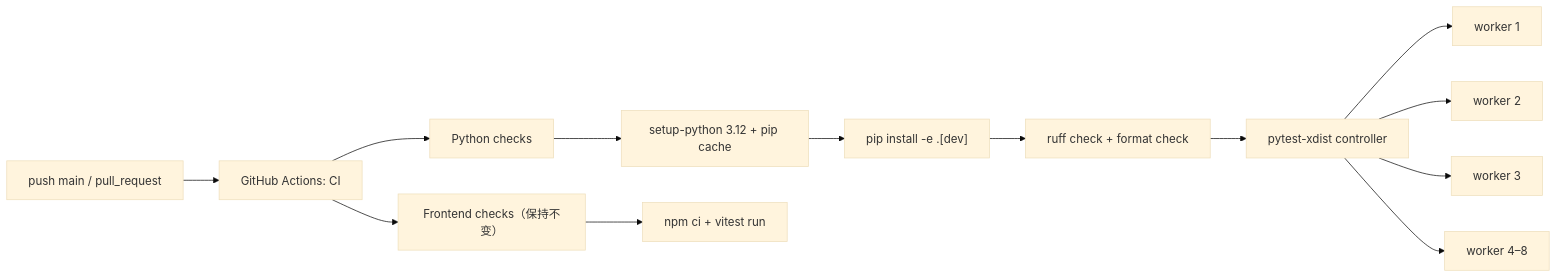
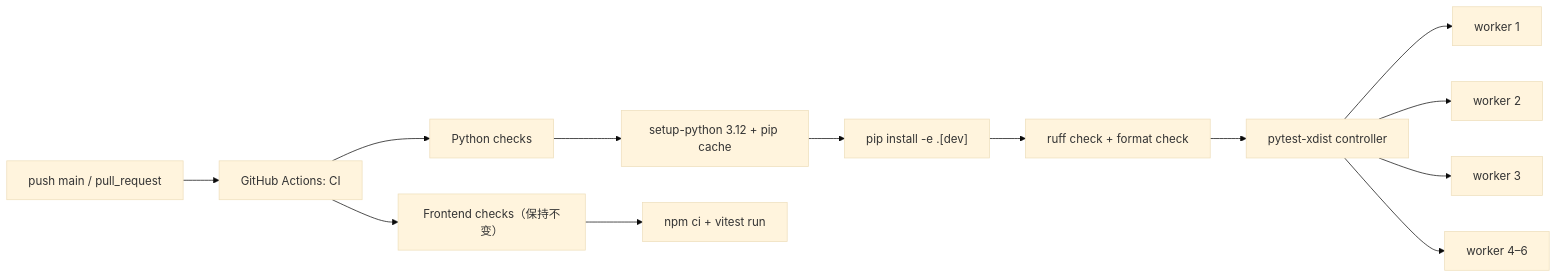
One commit to Mrchen116/nano-multiagent changed the first of 2 diagrams in docs/changes/perf-458-ci-speed/design.md. Above: the diagram before and after it, drawn with Mermaid (base theme). The commit also changed other lines of this file and 2 other files, not shown here.

Commit message:
verify(perf-458/M1/R3): 记录八 worker 并发失败

````diff
--- a/docs/changes/perf-458-ci-speed/design.md
+++ b/docs/changes/perf-458-ci-speed/design.md
@@ -51,17 +52,17 @@
 ```mermaid
 graph LR
     Event["push main / pull_request"] --> CI["GitHub Actions: CI"]
     CI --> Py["Python checks"]
     CI --> FE["Frontend checks（保持不变）"]
 
     Py --> Setup["setup-python 3.12 + pip cache"]
     Setup --> Install["pip install -e .[dev]"]
     Install --> Ruff["ruff check + format check"]
     Ruff --> XDist["pytest-xdist controller"]
     XDist --> W1["worker 1"]
     XDist --> W2["worker 2"]
     XDist --> W3["worker 3"]
-    XDist --> WX["worker 4–8"]
+    XDist --> WX["worker 4–6"]
 
     FE --> Vitest["npm ci + vitest run"]
 ```
````
